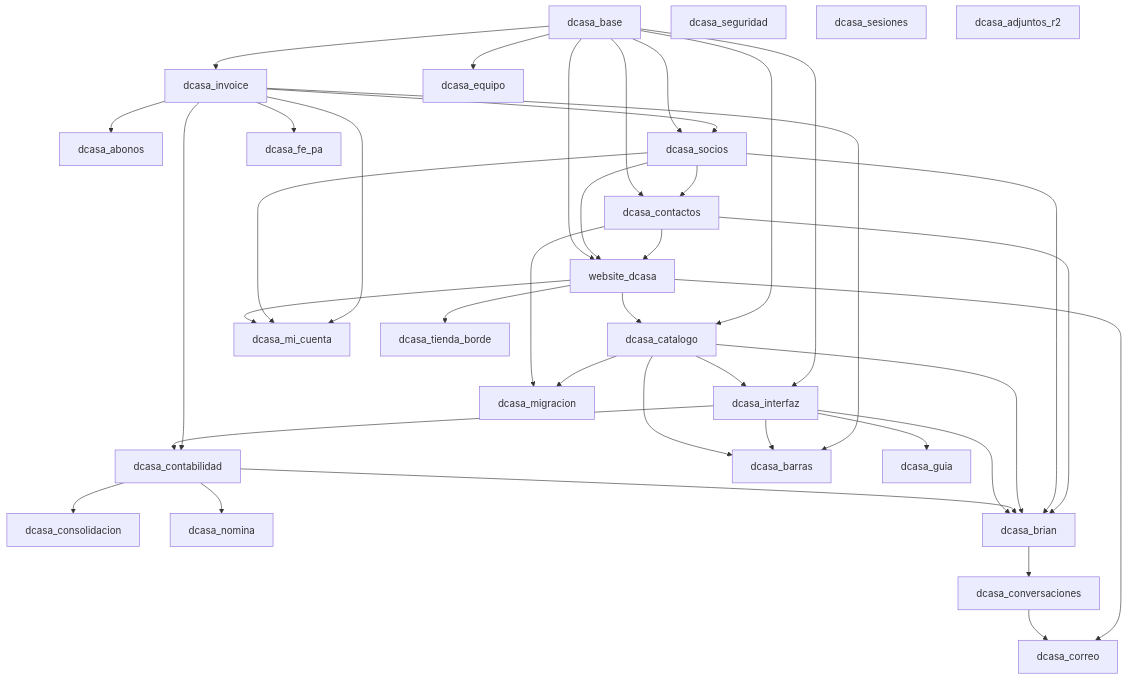
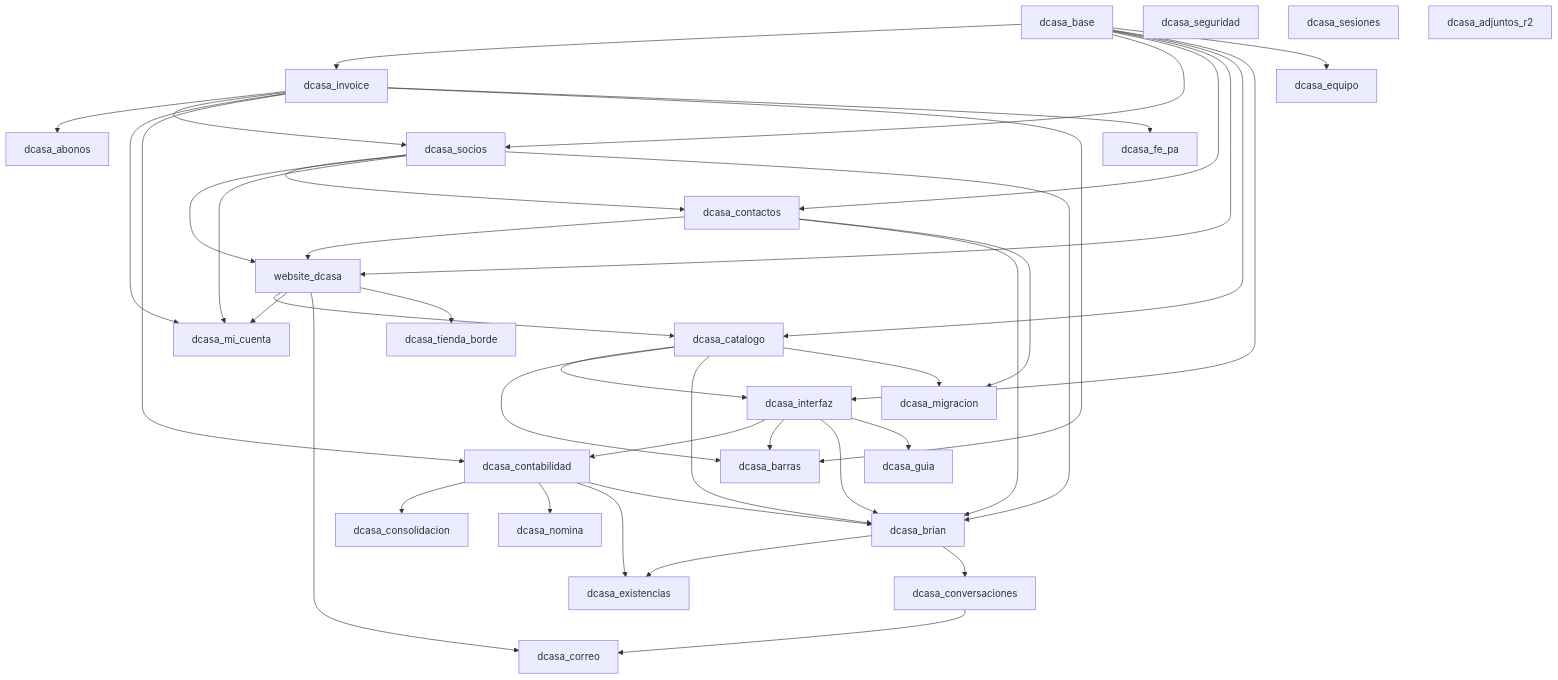
Before and after one commit to dcasapty/D_Casa_new_word: the diagram in docs/MODULOS.md, drawn with Mermaid. The commit also changed other lines of this file and 34 other files, not shown here.

````diff
--- a/docs/MODULOS.md
+++ b/docs/MODULOS.md
@@ -58,43 +59,45 @@
 ```mermaid
 flowchart TD
   base[dcasa_base] --> invoice[dcasa_invoice]
   invoice --> abonos[dcasa_abonos]
   base --> socios[dcasa_socios]
   invoice --> socios
   base --> contactos[dcasa_contactos]
   socios --> contactos
   base --> web[website_dcasa]
   socios --> web
   contactos --> web
   web --> catalogo[dcasa_catalogo]
   base --> catalogo
   catalogo --> interfaz[dcasa_interfaz]
   base --> interfaz
   web --> micuenta[dcasa_mi_cuenta]
   socios --> micuenta
   invoice --> micuenta
   interfaz --> conta[dcasa_contabilidad]
   invoice --> conta
   conta --> conso[dcasa_consolidacion]
   conta --> nomina[dcasa_nomina]
   base --> equipo[dcasa_equipo]
   catalogo --> barras[dcasa_barras]
   interfaz --> barras
   invoice --> barras
+  brian --> existencias[dcasa_existencias]
+  conta --> existencias
   interfaz --> brian[dcasa_brian]
   conta --> brian
   catalogo --> brian
   socios --> brian
   contactos --> brian
   brian --> conv[dcasa_conversaciones]
   conv --> correo[dcasa_correo]
   web --> correo
   interfaz --> guia[dcasa_guia]
   contactos --> migracion[dcasa_migracion]
   catalogo --> migracion
   invoice --> fe[dcasa_fe_pa]
   web --> borde[dcasa_tienda_borde]
   seguridad[dcasa_seguridad]
   sesiones[dcasa_sesiones]
   r2[dcasa_adjuntos_r2]
 ```
````
